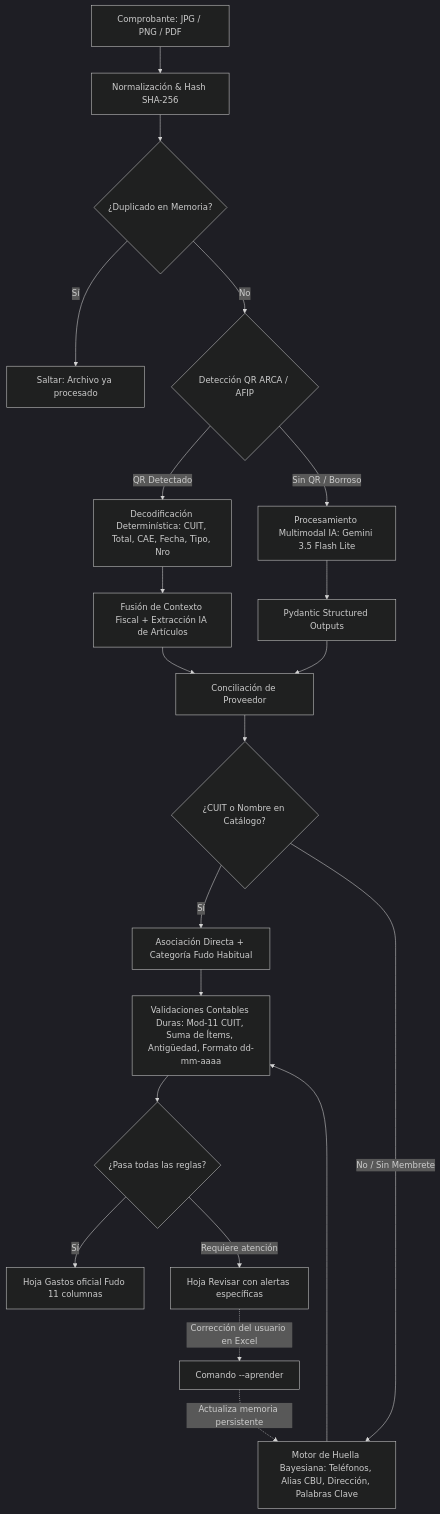
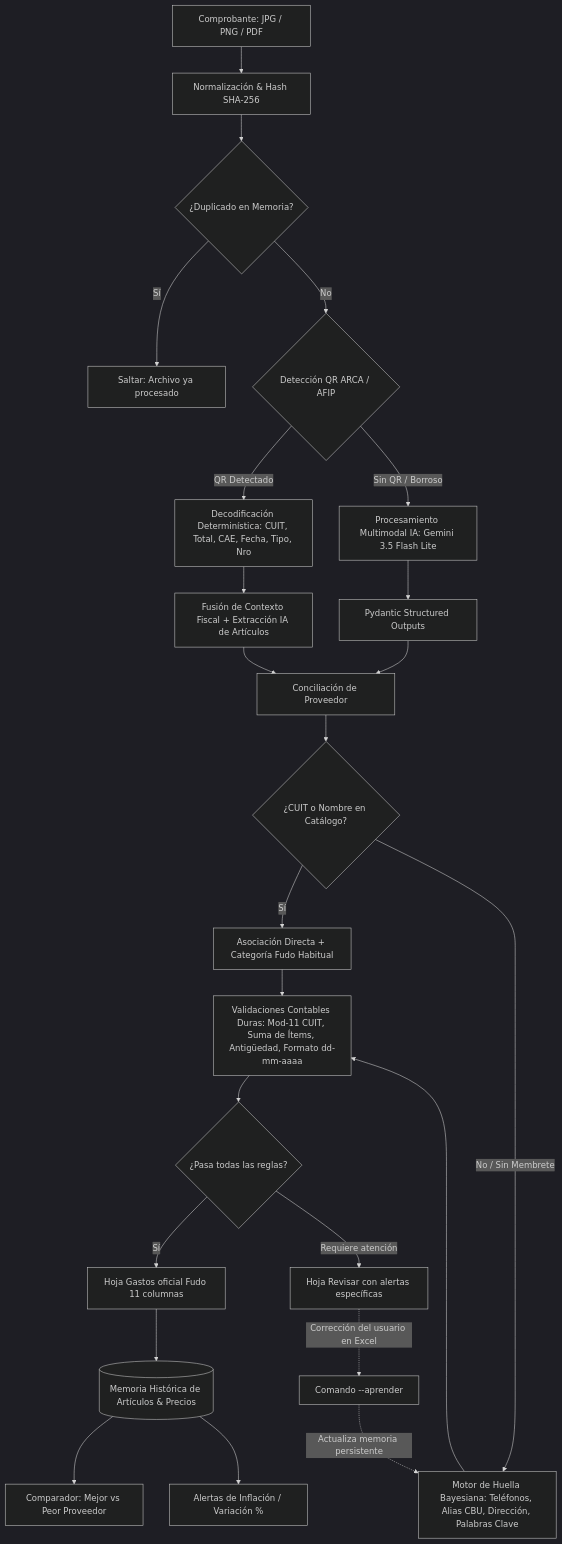
Before and after one commit to fedehda/fudo-expenses-py-extractor: the diagram in README.md, drawn with Mermaid (dark theme). The commit also changed other lines of this file and 10 other files, not shown here.

````diff
--- a/README.md
+++ b/README.md
@@ -28,29 +28,33 @@
 ```mermaid
 flowchart TD
     A[Comprobante: JPG / PNG / PDF] --> B[Normalización & Hash SHA-256]
     B --> C{¿Duplicado en Memoria?}
     C -- Sí --> D[Saltar: Archivo ya procesado]
     C -- No --> E{Detección QR ARCA / AFIP}
     
     E -- QR Detectado --> F[Decodificación Determinística: CUIT, Total, CAE, Fecha, Tipo, Nro]
     E -- Sin QR / Borroso --> G[Procesamiento Multimodal IA: Gemini 3.5 Flash Lite]
     
     F --> H[Fusión de Contexto Fiscal + Extracción IA de Artículos]
     G --> I[Pydantic Structured Outputs]
     H --> J[Conciliación de Proveedor]
     I --> J
     
     J --> K{¿CUIT o Nombre en Catálogo?}
     K -- Sí --> L[Asociación Directa + Categoría Fudo Habitual]
     K -- No / Sin Membrete --> M[Motor de Huella Bayesiana: Teléfonos, Alias CBU, Dirección, Palabras Clave]
     
     L --> N[Validaciones Contables Duras: Mod-11 CUIT, Suma de Ítems, Antigüedad, Formato dd-mm-aaaa]
     M --> N
     
     N --> O{¿Pasa todas las reglas?}
     O -- Sí --> P[Hoja Gastos oficial Fudo 11 columnas]
     O -- Requiere atención --> Q[Hoja Revisar con alertas específicas]
     
+    P --> S[(Memoria Histórica de Artículos & Precios)]
+    S --> T[Comparador: Mejor vs Peor Proveedor]
+    S --> U[Alertas de Inflación / Variación %]
+    
     Q -. Corrección del usuario en Excel .-> R[Comando --aprender]
     R -. Actualiza memoria persistente .-> M
 ```
````
